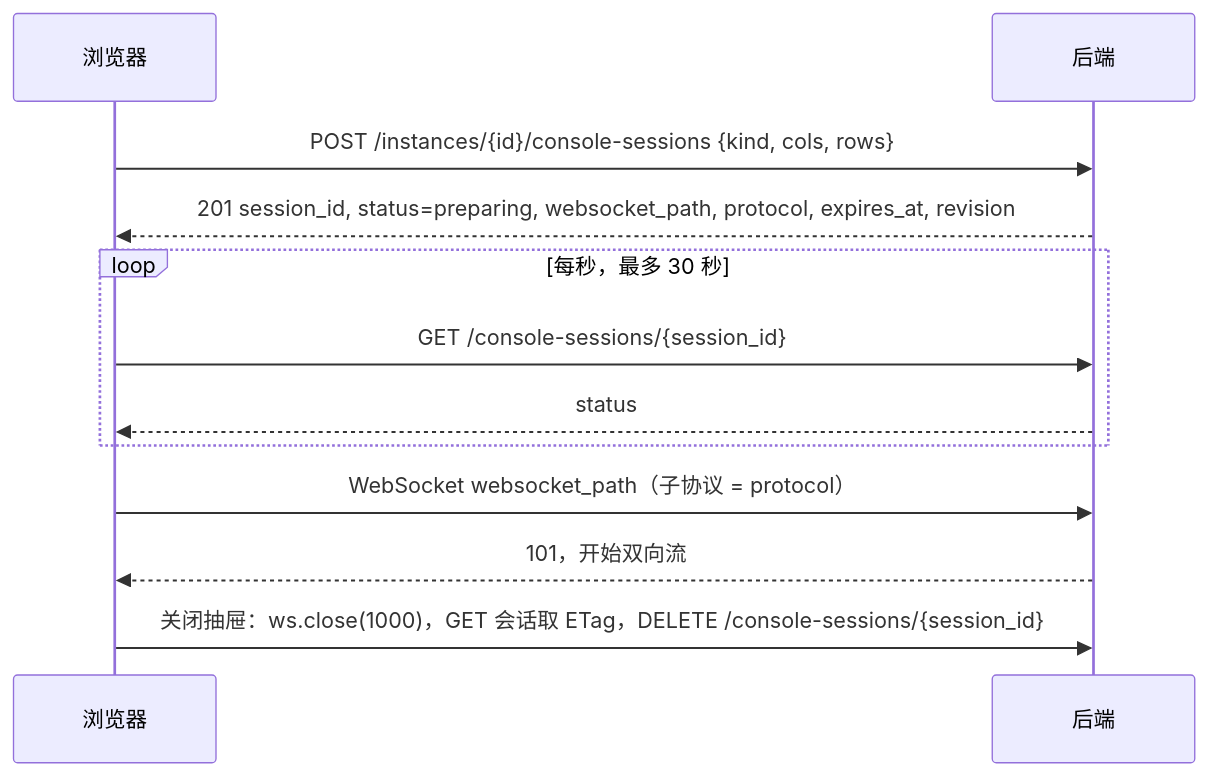
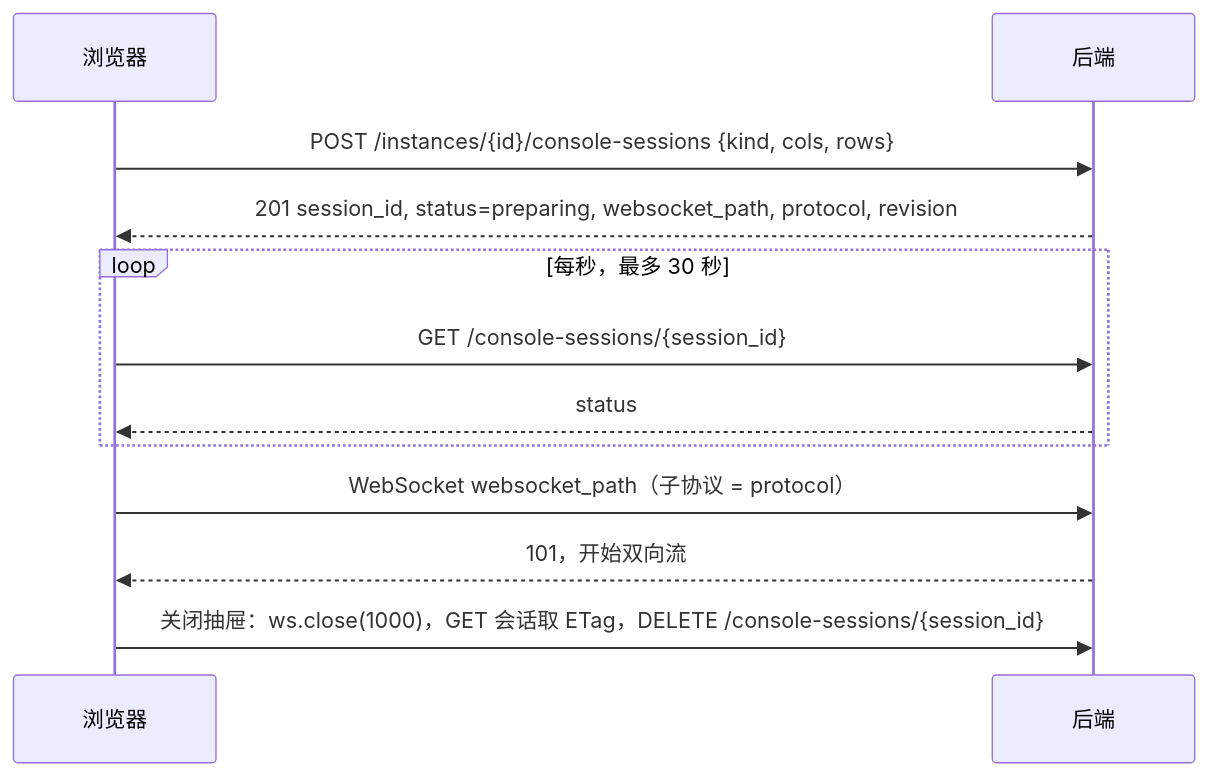
One commit to umi0000/101cloud changed the second of 2 diagrams in frontend/前端设计.md. Above: the diagram before and after it, drawn with Mermaid. The commit also changed other lines of this file and 17 other files, not shown here.

````diff
--- a/frontend/前端设计.md
+++ b/frontend/前端设计.md
@@ -556,14 +556,14 @@
 ```mermaid
 sequenceDiagram
   participant U as 浏览器
   participant B as 后端
   U->>B: POST /instances/{id}/console-sessions {kind, cols, rows}
-  B-->>U: 201 session_id, status=preparing, websocket_path, protocol, expires_at, revision
+  B-->>U: 201 session_id, status=preparing, websocket_path, protocol, revision
   loop 每秒，最多 30 秒
     U->>B: GET /console-sessions/{session_id}
     B-->>U: status
   end
   U->>B: WebSocket websocket_path（子协议 = protocol）
   B-->>U: 101，开始双向流
   U->>B: 关闭抽屉：ws.close(1000)，GET 会话取 ETag，DELETE /console-sessions/{session_id}
 ```
````
